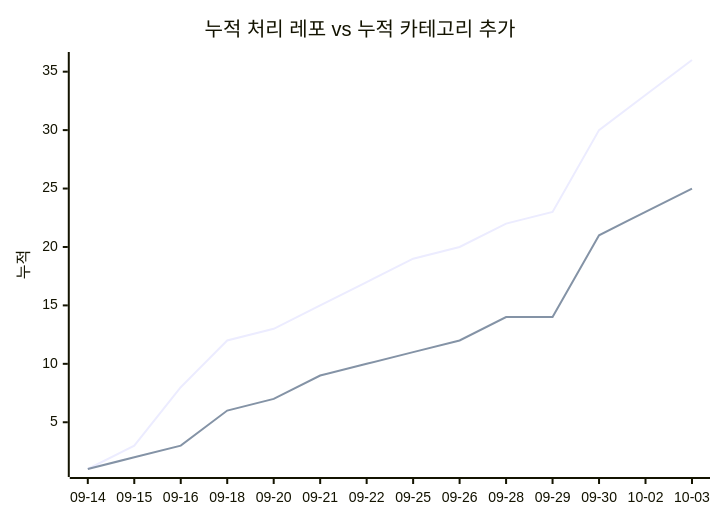
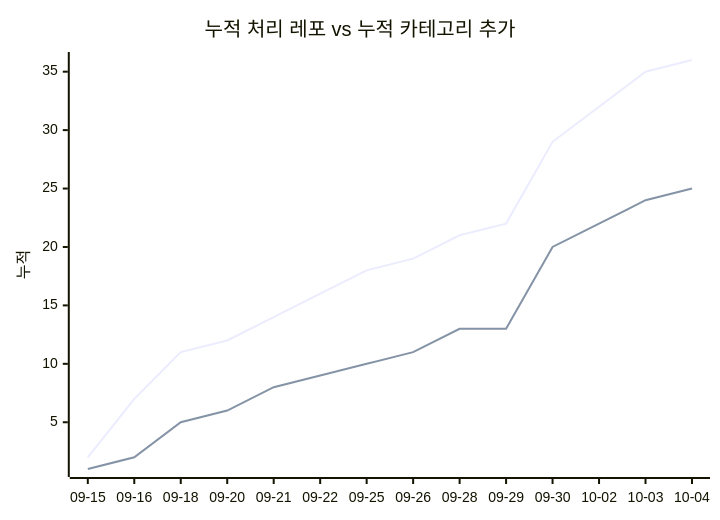
One commit to J-nowcow/awesome-korean-agent-skills changed the second of 2 diagrams in docs/trends.md. Above: the diagram before and after it, drawn with Mermaid. The commit also changed other lines of this file and 3 other files, not shown here.

````diff
--- a/docs/trends.md
+++ b/docs/trends.md
@@ -68,8 +68,8 @@
 ```mermaid
 xychart-beta
     title "누적 처리 레포 vs 누적 카테고리 추가"
-    x-axis ["09-14","09-15","09-16","09-18","09-20","09-21","09-22","09-25","09-26","09-28","09-29","09-30","10-02","10-03"]
+    x-axis ["09-15","09-16","09-18","09-20","09-21","09-22","09-25","09-26","09-28","09-29","09-30","10-02","10-03","10-04"]
     y-axis "누적"
-    line [1,3,8,12,13,15,17,19,20,22,23,30,33,36]
-    line [1,2,3,6,7,9,10,11,12,14,14,21,23,25]
+    line [2,7,11,12,14,16,18,19,21,22,29,32,35,36]
+    line [1,2,5,6,8,9,10,11,13,13,20,22,24,25]
 ```
````
